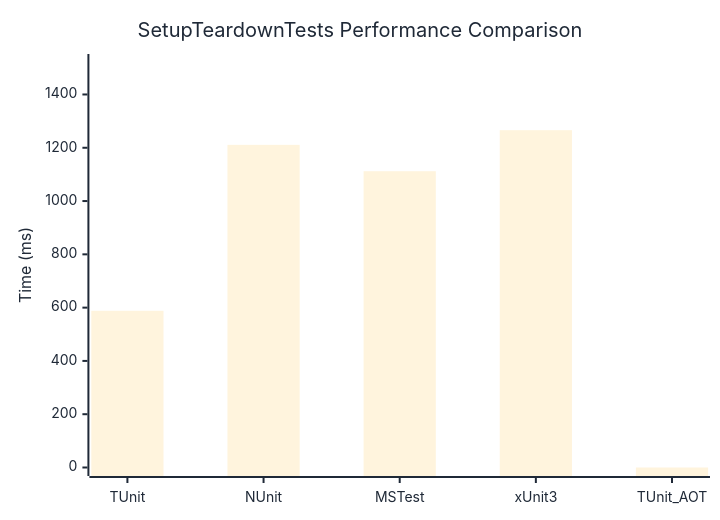
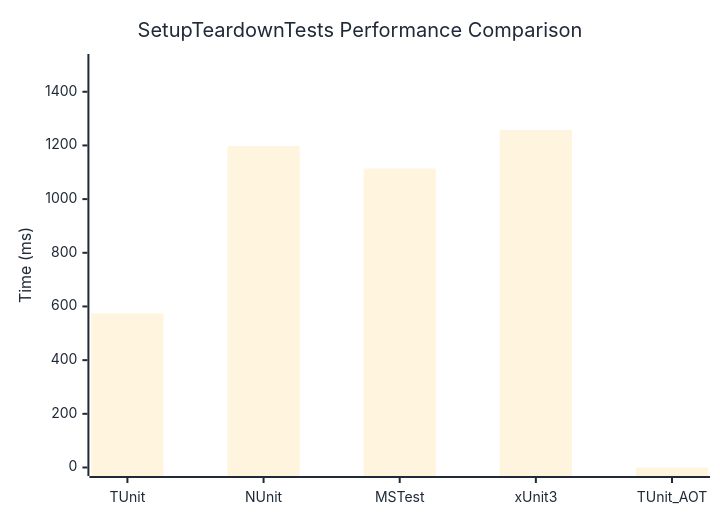
One commit to weiyilai/TUnit changed the diagram in docs/docs/benchmarks/SetupTeardownTests.md. Above: the diagram before and after it, drawn with Mermaid. The commit also changed other lines of this file and 17 other files, not shown here.

````diff
--- a/docs/docs/benchmarks/SetupTeardownTests.md
+++ b/docs/docs/benchmarks/SetupTeardownTests.md
@@ -27,37 +27,37 @@
 ```mermaid
 %%{init: {
   'theme':'base',
   'themeVariables': {
     'primaryColor': '#2563eb',
     'primaryTextColor': '#1f2937',
     'primaryBorderColor': '#1e40af',
     'lineColor': '#6b7280',
     'secondaryColor': '#7c3aed',
     'tertiaryColor': '#dc2626',
     'background': '#ffffff',
     'mainBkg': '#2563eb',
     'secondBkg': '#7c3aed',
     'tertiaryBkg': '#dc2626',
     'clusterBkg': '#f3f4f6',
     'edgeLabelBackground': '#ffffff',
     'tertiaryTextColor': '#1f2937',
     'pie1': '#2563eb',
     'pie2': '#7c3aed',
     'pie3': '#dc2626',
     'pie4': '#f59e0b',
     'pie5': '#10b981',
     'pie6': '#06b6d4',
     'pie7': '#ec4899',
     'pie8': '#6366f1',
     'pie9': '#84cc16',
     'pie10': '#f97316',
     'pie11': '#14b8a6',
     'pie12': '#a855f7'
   }
 }}%%
 xychart-beta
   title "SetupTeardownTests Performance Comparison"
   x-axis ["TUnit", "NUnit", "MSTest", "xUnit3", "TUnit_AOT"]
-  y-axis "Time (ms)" 0 --> 1520
-  bar [588.2, 1210.9, 1112, 1266, 0]
+  y-axis "Time (ms)" 0 --> 1509
+  bar [574.1, 1197.5, 1113.8, 1257.2, 0]
 ```
````
